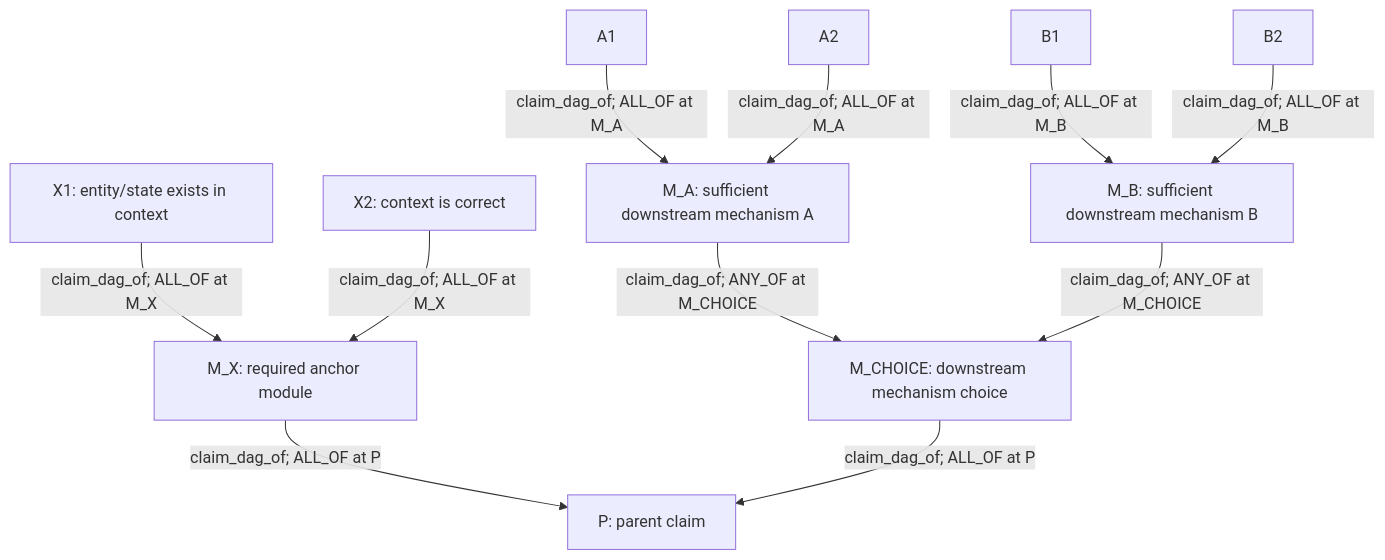
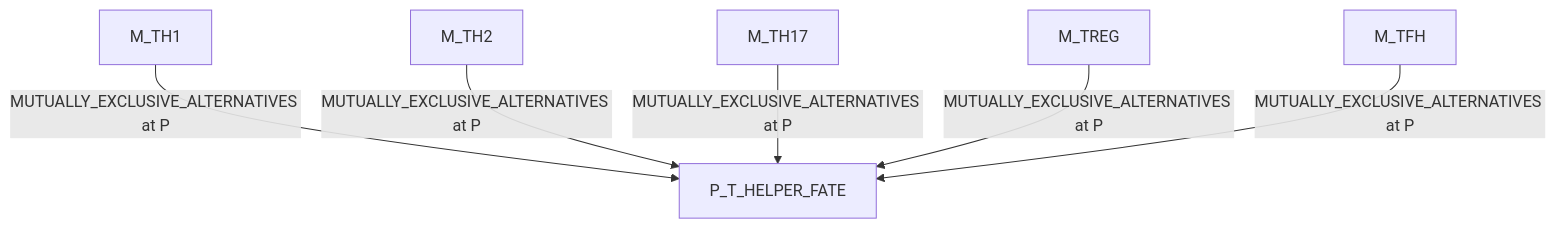
One commit to eliannaqk/bioKG changed the sixth of 7 diagrams in CLAIM_OBJECT_MECHANISM_DAG_EXAMPLES.md. Above: the diagram before and after it, drawn with Mermaid. The commit also changed other lines of this file and 9 other files, not shown here.

Commit message:
Define claim decomposition DAG architecture

````diff
--- a/CLAIM_OBJECT_MECHANISM_DAG_EXAMPLES.md
+++ b/CLAIM_OBJECT_MECHANISM_DAG_EXAMPLES.md
@@ -252,27 +328,15 @@
 ```mermaid
 flowchart TD
-  P["P: parent claim"]
-  X["M_X: required anchor module"]
-  MA["M_A: sufficient downstream mechanism A"]
-  MB["M_B: sufficient downstream mechanism B"]
-  X1["X1: entity/state exists in context"]
-  X2["X2: context is correct"]
-  A1["A1"]
-  A2["A2"]
-  B1["B1"]
-  B2["B2"]
+  P["P_T_HELPER_FATE"]
+  A["M_TH1"]
+  B["M_TH2"]
+  C["M_TH17"]
+  D["M_TREG"]
+  E["M_TFH"]
 
-  CHOICE["M_CHOICE: downstream mechanism choice"]
-
-  X -- "claim_dag_of; ALL_OF at P" --> P
-  CHOICE -- "claim_dag_of; ALL_OF at P" --> P
-  MA -- "claim_dag_of; ANY_OF at M_CHOICE" --> CHOICE
-  MB -- "claim_dag_of; ANY_OF at M_CHOICE" --> CHOICE
-
-  X1 -- "claim_dag_of; ALL_OF at M_X" --> X
-  X2 -- "claim_dag_of; ALL_OF at M_X" --> X
-  A1 -- "claim_dag_of; ALL_OF at M_A" --> MA
-  A2 -- "claim_dag_of; ALL_OF at M_A" --> MA
-  B1 -- "claim_dag_of; ALL_OF at M_B" --> MB
-  B2 -- "claim_dag_of; ALL_OF at M_B" --> MB
+  A -- "MUTUALLY_EXCLUSIVE_ALTERNATIVES at P" --> P
+  B -- "MUTUALLY_EXCLUSIVE_ALTERNATIVES at P" --> P
+  C -- "MUTUALLY_EXCLUSIVE_ALTERNATIVES at P" --> P
+  D -- "MUTUALLY_EXCLUSIVE_ALTERNATIVES at P" --> P
+  E -- "MUTUALLY_EXCLUSIVE_ALTERNATIVES at P" --> P
 ```
````
